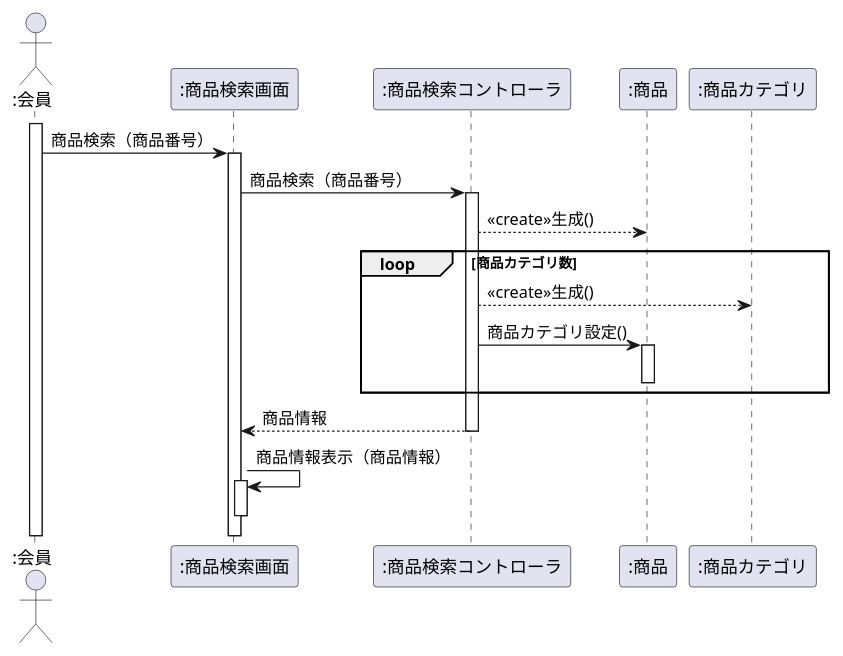
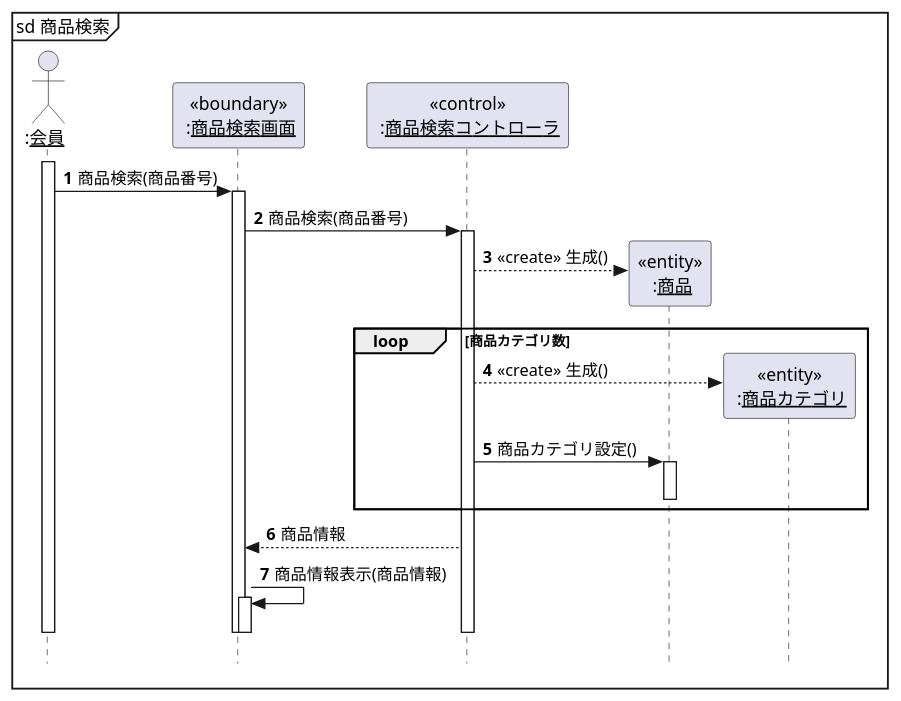
The diagram in 演習4-5_SD_商品情報検索.pu (Tanifuji94/uml-introduction), drawn with PlantUML before and after one commit.

Commit message:
演習4‐5

```diff
--- a/演習4-5_SD_商品情報検索.pu
+++ b/演習4-5_SD_商品情報検索.pu
@@ -1,28 +1,31 @@
-@startuml 演習4‐5
+@startuml 演習4-5
 
-actor ":会員" as member
-participant ":商品検索画面" as ui
-participant ":商品検索コントローラ" as controller
-participant ":商品" as item
-participant ":商品カテゴリ" as category
-
-activate member
-member -> ui: 商品検索（商品番号）
-    activate ui
-    ui -> controller: 商品検索（商品番号）
-        activate controller
-        controller --> item: <<create>>生成()
-        loop 商品カテゴリ数
-        controller --> category: <<create>>生成()
-        controller -> item: 商品カテゴリ設定()
-            activate item
-            deactivate item
-        end loop
-        controller --> ui: 商品情報
-            deactivate controller
-            
-ui -> ui : 商品情報表示（商品情報）
-activate ui
-    deactivate ui
-
+    hide footbox
+    skinparam style strictuml
+    autonumber
+    actor ":<u>会員</u>" as person
+    participant "<<boundary>>\n :<u>商品検索画面</u>" as boundary
+    participant "<<control>>\n :<u>商品検索コントローラ</u>" as control
+    mainframe sd 商品検索
+        activate person
+            person->boundary: 商品検索(商品番号)
+            activate boundary
+                boundary->control: 商品検索(商品番号)
+                activate control
+                    create "<<entity>>\n :<u>商品</u>" as product
+                    control-->product: <<create>> 生成()
+                    loop 商品カテゴリ数
+                        create "<<entity>>\n :<u>商品カテゴリ</u>" as category
+                        control-->category:<<create>> 生成()
+                        control->product: 商品カテゴリ設定()
+                        activate product
+                        deactivate product
+                    end loop
+                    boundary<--control:商品情報
+                    boundary->boundary:  商品情報表示(商品情報)
+                    activate boundary
+                    deactivate boundary
+                deactivate control
+            deactivate boundary
+        deactivate person
 @enduml
```
